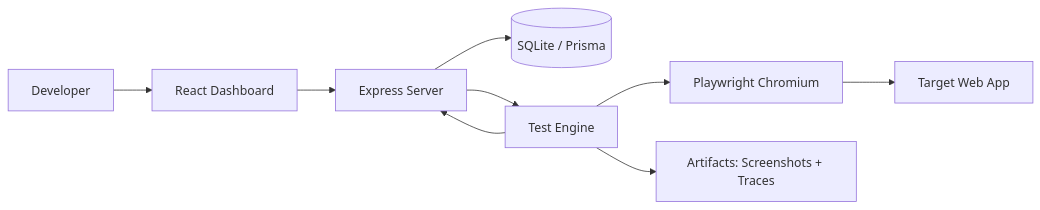
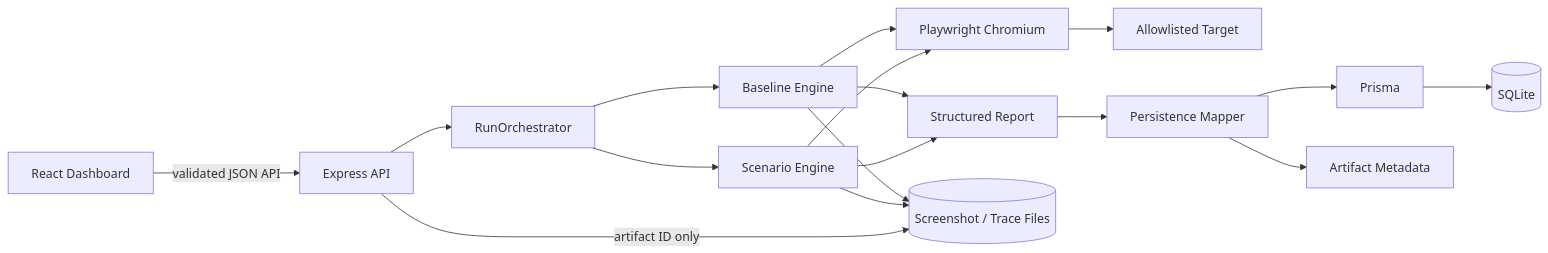
One commit to mawadda11/ghostQA changed the first of 2 diagrams in docs/ARCHITECTURE.md. Above: the diagram before and after it, drawn with Mermaid. The commit also changed other lines of this file and 49 other files, not shown here.

````diff
--- a/docs/ARCHITECTURE.md
+++ b/docs/ARCHITECTURE.md
@@ -5,11 +8,19 @@
 ```mermaid
 flowchart LR
-    U[Developer] --> D[React Dashboard]
-    D --> S[Express Server]
-    S --> DB[(SQLite / Prisma)]
-    S --> E[Test Engine]
-    E --> P[Playwright Chromium]
-    P --> T[Target Web App]
-    E --> A[Artifacts: Screenshots + Traces]
-    E --> S
+    D[React Dashboard] -->|validated JSON API| A[Express API]
+    A --> O[RunOrchestrator]
+    O --> B[Baseline Engine]
+    O --> S[Scenario Engine]
+    B --> C[Playwright Chromium]
+    S --> C
+    C --> T[Allowlisted Target]
+    B --> R[Structured Report]
+    S --> R
+    R --> M[Persistence Mapper]
+    M --> P[Prisma]
+    P --> DB[(SQLite)]
+    M --> F[Artifact Metadata]
+    B --> FS[(Screenshot / Trace Files)]
+    S --> FS
+    A -->|artifact ID only| FS
 ```
````
